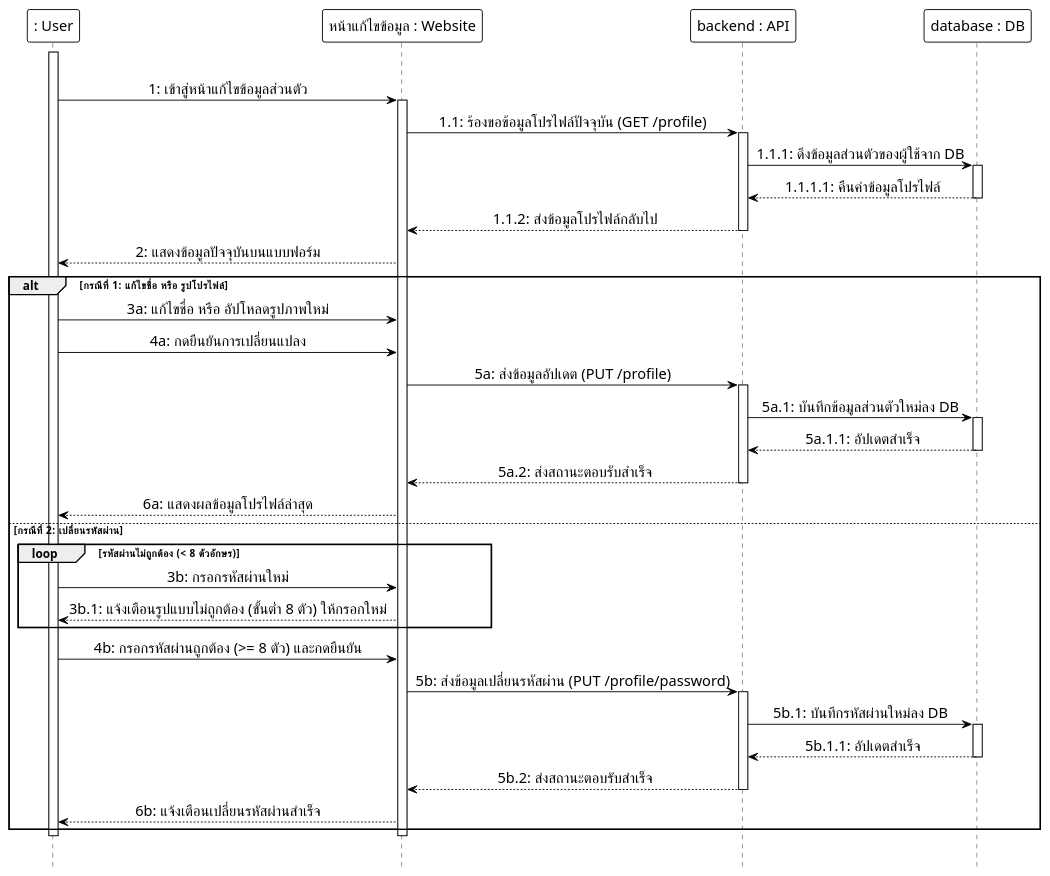
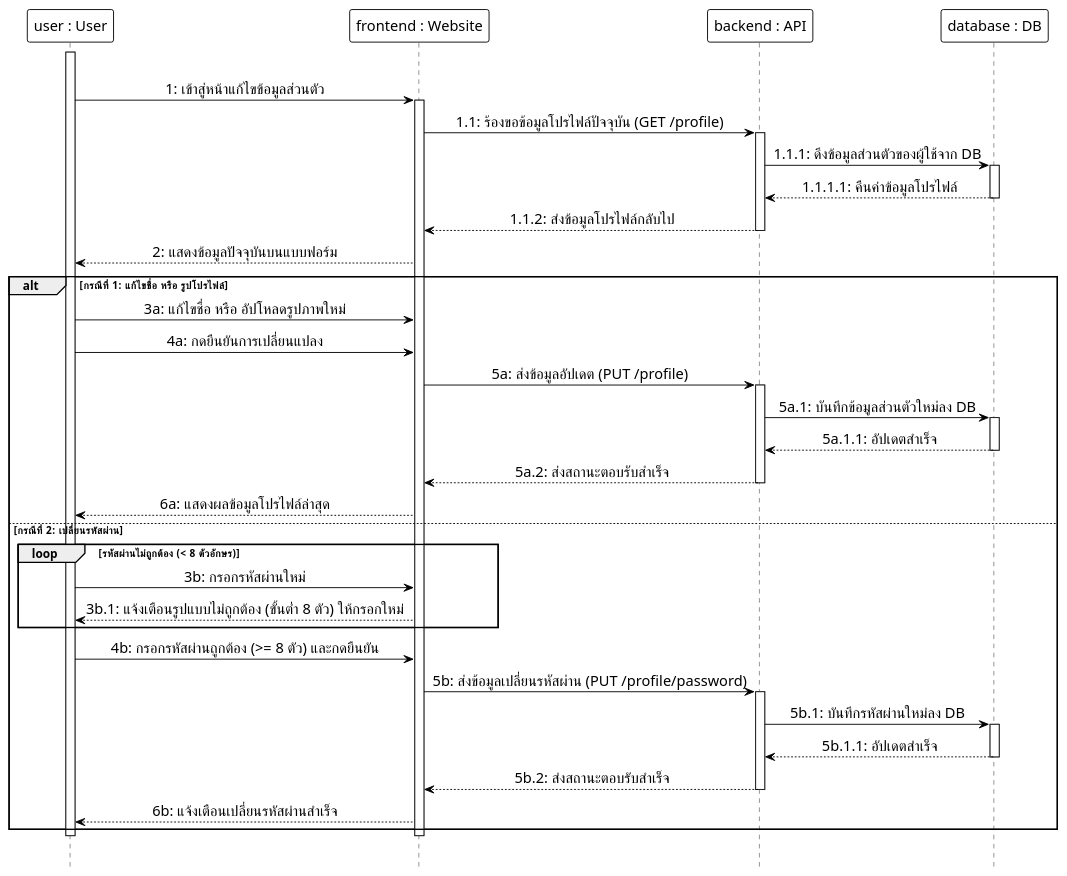
One commit to Anatta-at/my-portfolio-app changed the second of 15 diagrams in docs/diagrams/plantuml_source/plantuml_sequence_diagrams.md. Above: the diagram before and after it, drawn with PlantUML. The commit also changed other lines of this file and 16 other files, not shown here.

Commit message:
docs: Update diagram swimlanes and participants to use instance : Class notation

````diff
--- a/docs/diagrams/plantuml_source/plantuml_sequence_diagrams.md
+++ b/docs/diagrams/plantuml_source/plantuml_sequence_diagrams.md
@@ -95,72 +95,72 @@
 ```plantuml
 @startuml
 hide footbox
 skinparam monochrome true
 skinparam shadowing false
 skinparam backgroundcolor transparent
 skinparam ParticipantMinHeight 60
 skinparam ParticipantMinWidth 160
 skinparam ParticipantBackgroundColor white
 skinparam ParticipantBorderColor black
 skinparam ParticipantBorderThickness 1.0
 skinparam ParticipantFontSize 16
 skinparam LifeLineBackgroundColor white
 skinparam LifeLineBorderColor black
 skinparam LifeLineBorderThickness 1.0
 skinparam ArrowColor black
 skinparam ArrowFontSize 16
 skinparam sequenceMessageAlign center
 
-participant ": User" as User
-participant "หน้าแก้ไขข้อมูล : Website" as Frontend
+participant "user : User" as User
+participant "frontend : Website" as Frontend
 participant "backend : API" as Backend
 participant "database : DB" as DB
 
 |||
 activate User
 User -> Frontend: 1: เข้าสู่หน้าแก้ไขข้อมูลส่วนตัว
 activate Frontend
 Frontend -> Backend: 1.1: ร้องขอข้อมูลโปรไฟล์ปัจจุบัน (GET /profile)
 activate Backend
 Backend -> DB: 1.1.1: ดึงข้อมูลส่วนตัวของผู้ใช้จาก DB
 activate DB
 DB --> Backend: 1.1.1.1: คืนค่าข้อมูลโปรไฟล์
 deactivate DB
 Backend --> Frontend: 1.1.2: ส่งข้อมูลโปรไฟล์กลับไป
 deactivate Backend
 Frontend --> User: 2: แสดงข้อมูลปัจจุบันบนแบบฟอร์ม
 
 alt กรณีที่ 1: แก้ไขชื่อ หรือ รูปโปรไฟล์
     User -> Frontend: 3a: แก้ไขชื่อ หรือ อัปโหลดรูปภาพใหม่
     User -> Frontend: 4a: กดยืนยันการเปลี่ยนแปลง
     Frontend -> Backend: 5a: ส่งข้อมูลอัปเดต (PUT /profile)
     activate Backend
     Backend -> DB: 5a.1: บันทึกข้อมูลส่วนตัวใหม่ลง DB
     activate DB
     DB --> Backend: 5a.1.1: อัปเดตสำเร็จ
     deactivate DB
     Backend --> Frontend: 5a.2: ส่งสถานะตอบรับสำเร็จ
     deactivate Backend
     Frontend --> User: 6a: แสดงผลข้อมูลโปรไฟล์ล่าสุด
 
 else กรณีที่ 2: เปลี่ยนรหัสผ่าน
     loop รหัสผ่านไม่ถูกต้อง (< 8 ตัวอักษร)
         User -> Frontend: 3b: กรอกรหัสผ่านใหม่
         Frontend --> User: 3b.1: แจ้งเตือนรูปแบบไม่ถูกต้อง (ขั้นต่ำ 8 ตัว) ให้กรอกใหม่
     end
     User -> Frontend: 4b: กรอกรหัสผ่านถูกต้อง (>= 8 ตัว) และกดยืนยัน
     Frontend -> Backend: 5b: ส่งข้อมูลเปลี่ยนรหัสผ่าน (PUT /profile/password)
     activate Backend
     Backend -> DB: 5b.1: บันทึกรหัสผ่านใหม่ลง DB
     activate DB
     DB --> Backend: 5b.1.1: อัปเดตสำเร็จ
     deactivate DB
     Backend --> Frontend: 5b.2: ส่งสถานะตอบรับสำเร็จ
     deactivate Backend
     Frontend --> User: 6b: แจ้งเตือนเปลี่ยนรหัสผ่านสำเร็จ
 end
 deactivate Frontend
 deactivate User
 |||
 @enduml
 ```
````
